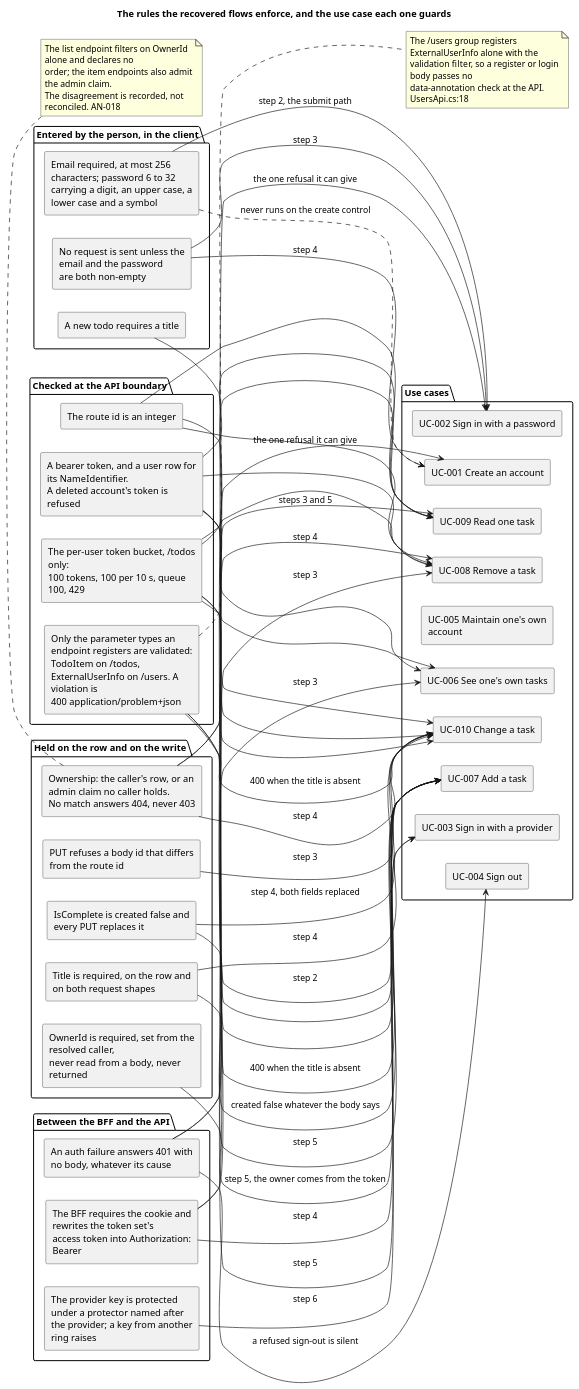
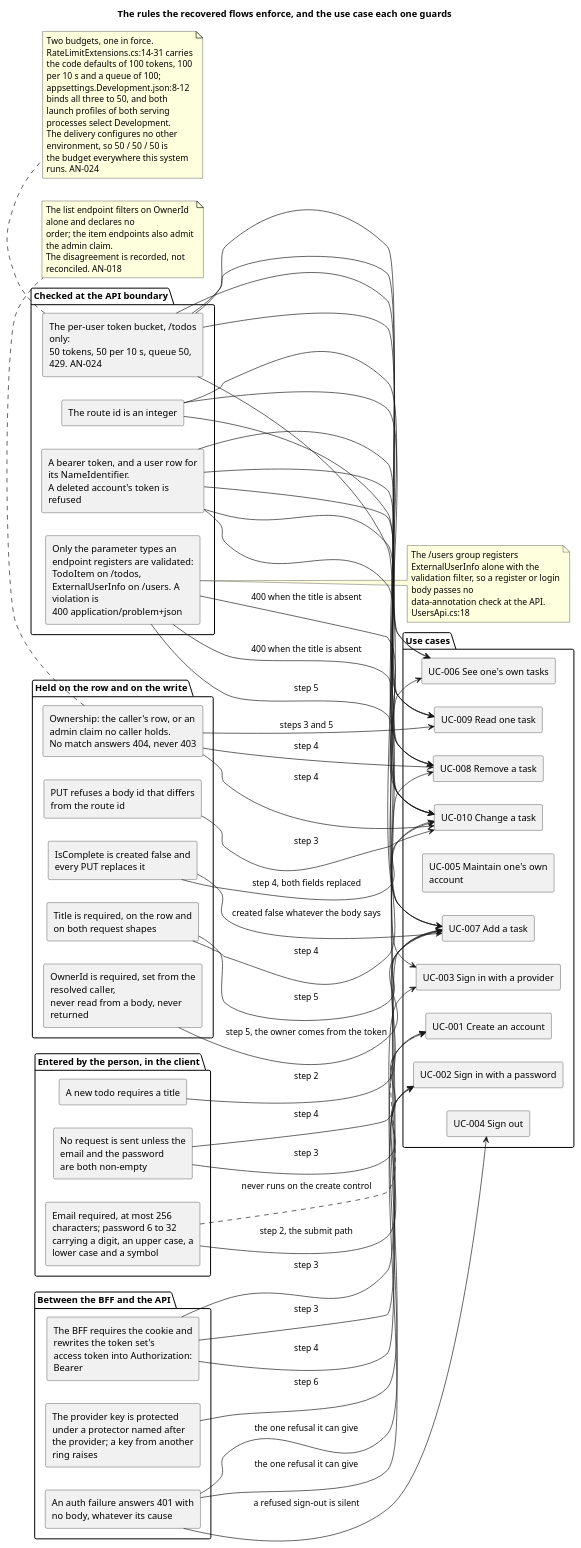
One commit to banense-test/TodoApp changed the third of 3 diagrams in docs/artifacts/requirements/use-case-model.md. Above: the diagram before and after it, drawn with PlantUML. The commit also changed other lines of this file, not shown here.

First line of the commit message:
System Analyst [Excavation3]: upsert Use-Case Model

```diff
--- a/docs/artifacts/requirements/use-case-model.md
+++ b/docs/artifacts/requirements/use-case-model.md
@@ -241,7 +241,7 @@
 package "Checked at the API boundary" {
   component "Only the parameter types an endpoint registers are validated:\nTodoItem on /todos, ExternalUserInfo on /users. A violation is\n400 application/problem+json" as R4
   component "A bearer token, and a user row for its NameIdentifier.\nA deleted account's token is refused" as R5
-  component "The per-user token bucket, /todos only:\n100 tokens, 100 per 10 s, queue 100, 429" as R6
+  component "The per-user token bucket, /todos only:\n50 tokens, 50 per 10 s, queue 50, 429. AN-024" as R6
   component "The route id is an integer" as R7
 }
 
@@ -316,6 +316,15 @@
   data-annotation check at the API. UsersApi.cs:18
 end note
 
+note bottom of R6
+  Two budgets, one in force. RateLimitExtensions.cs:14-31 carries
+  the code defaults of 100 tokens, 100 per 10 s and a queue of 100;
+  appsettings.Development.json:8-12 binds all three to 50, and both
+  launch profiles of both serving processes select Development.
+  The delivery configures no other environment, so 50 / 50 / 50 is
+  the budget everywhere this system runs. AN-024
+end note
+
 note bottom of R12
   The list endpoint filters on OwnerId alone and declares no
   order; the item endpoints also admit the admin claim.
```
